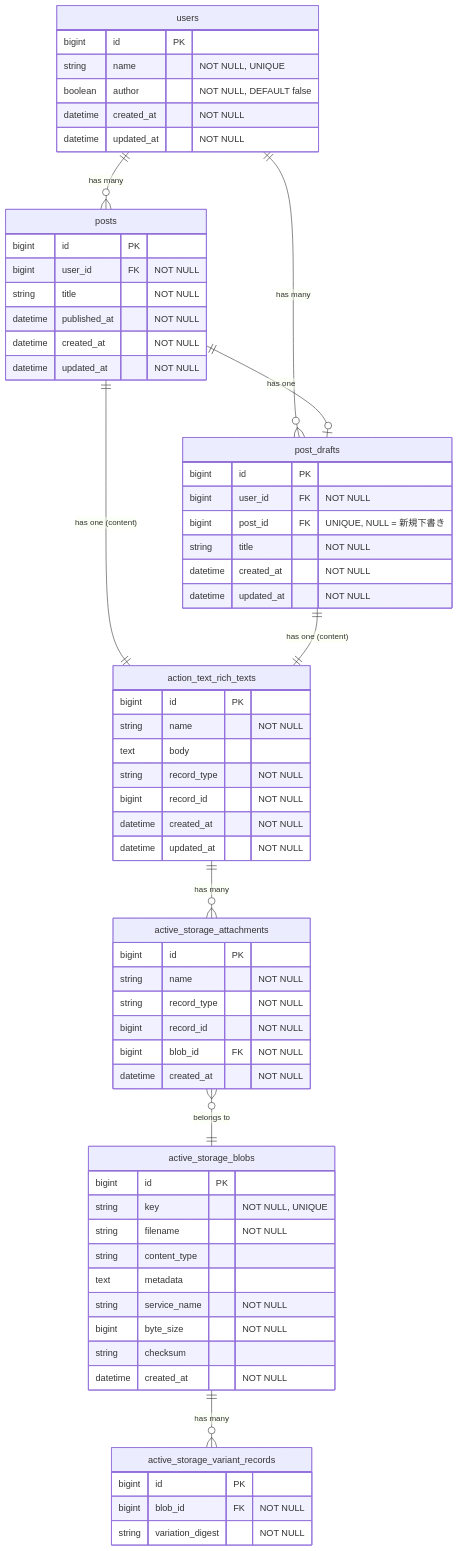
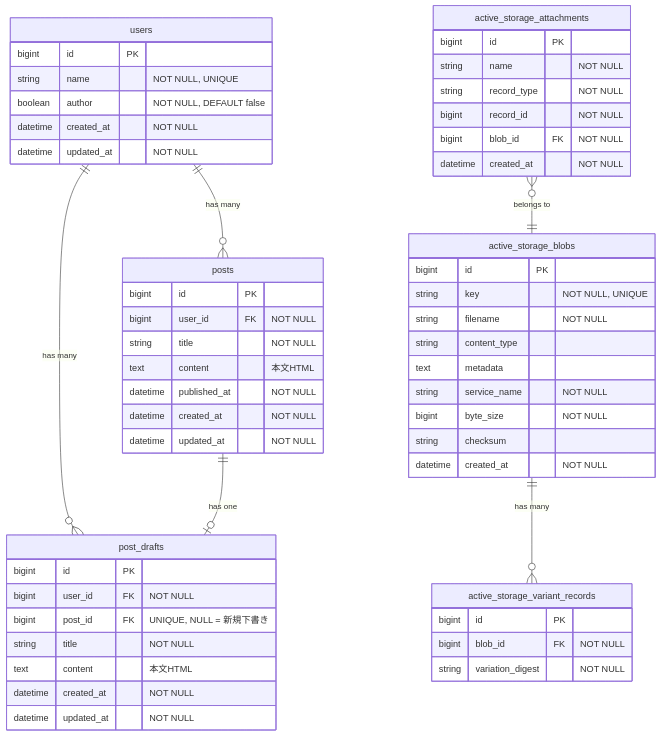
The diagram in docs/blogs/er.md (Okunichiyou/rails-blog), drawn with Mermaid before and after one commit. The commit also changed other lines of this file, not shown here.

Commit message:
ActionTextを無くしたので、ER図を修正(#16)

````diff
--- a/docs/blogs/er.md
+++ b/docs/blogs/er.md
@@ -5,74 +5,63 @@
 ```mermaid
 erDiagram
     users ||--o{ posts : "has many"
     users ||--o{ post_drafts : "has many"
     posts ||--o| post_drafts : "has one"
-    posts ||--|| action_text_rich_texts : "has one (content)"
-    post_drafts ||--|| action_text_rich_texts : "has one (content)"
-    action_text_rich_texts ||--o{ active_storage_attachments : "has many"
     active_storage_attachments }o--|| active_storage_blobs : "belongs to"
     active_storage_blobs ||--o{ active_storage_variant_records : "has many"
 
     users {
         bigint id PK
         string name "NOT NULL, UNIQUE"
         boolean author "NOT NULL, DEFAULT false"
         datetime created_at "NOT NULL"
         datetime updated_at "NOT NULL"
     }
 
     posts {
         bigint id PK
         bigint user_id FK "NOT NULL"
         string title "NOT NULL"
+        text content "本文HTML"
         datetime published_at "NOT NULL"
         datetime created_at "NOT NULL"
         datetime updated_at "NOT NULL"
     }
 
     post_drafts {
         bigint id PK
         bigint user_id FK "NOT NULL"
         bigint post_id FK "UNIQUE, NULL = 新規下書き"
         string title "NOT NULL"
-        datetime created_at "NOT NULL"
-        datetime updated_at "NOT NULL"
-    }
-
-    action_text_rich_texts {
-        bigint id PK
-        string name "NOT NULL"
-        text body
-        string record_type "NOT NULL"
-        bigint record_id "NOT NULL"
+        text content "本文HTML"
         datetime created_at "NOT NULL"
         datetime updated_at "NOT NULL"
     }
 
     active_storage_attachments {
         bigint id PK
         string name "NOT NULL"
         string record_type "NOT NULL"
         bigint record_id "NOT NULL"
         bigint blob_id FK "NOT NULL"
         datetime created_at "NOT NULL"
     }
 
     active_storage_blobs {
         bigint id PK
         string key "NOT NULL, UNIQUE"
         string filename "NOT NULL"
         string content_type
         text metadata
         string service_name "NOT NULL"
         bigint byte_size "NOT NULL"
         string checksum
         datetime created_at "NOT NULL"
     }
 
     active_storage_variant_records {
         bigint id PK
         bigint blob_id FK "NOT NULL"
         string variation_digest "NOT NULL"
     }
 ```
````
